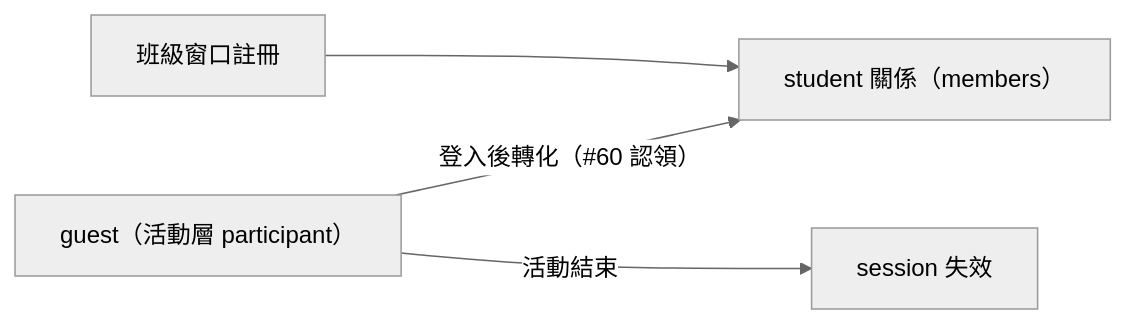
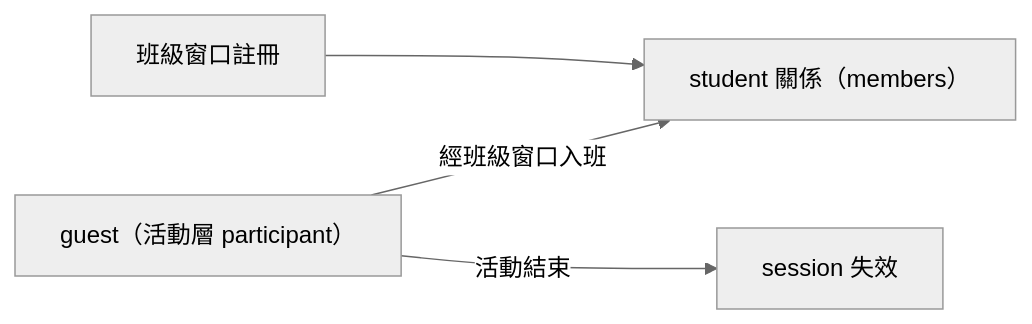
One commit to ntnu-swe-2026-team4/socrates-classroom changed the second of 2 diagrams in docs/accounts.md. Above: the diagram before and after it, drawn with Mermaid (neutral theme). The commit also changed other lines of this file and 1 other file, not shown here.

First line of the commit message:
docs: correct the guest conversion record and the grant ruling

````diff
--- a/docs/accounts.md
+++ b/docs/accounts.md
@@ -75,6 +75,6 @@
 ```mermaid
 flowchart LR
     window["班級窗口註冊"] --> student["student 關係（members）"]
-    guest["guest（活動層 participant）"] -->|登入後轉化（#60 認領）| student
+    guest["guest（活動層 participant）"] -->|經班級窗口入班| student
     guest -->|活動結束| gone["session 失效"]
 ```
````
